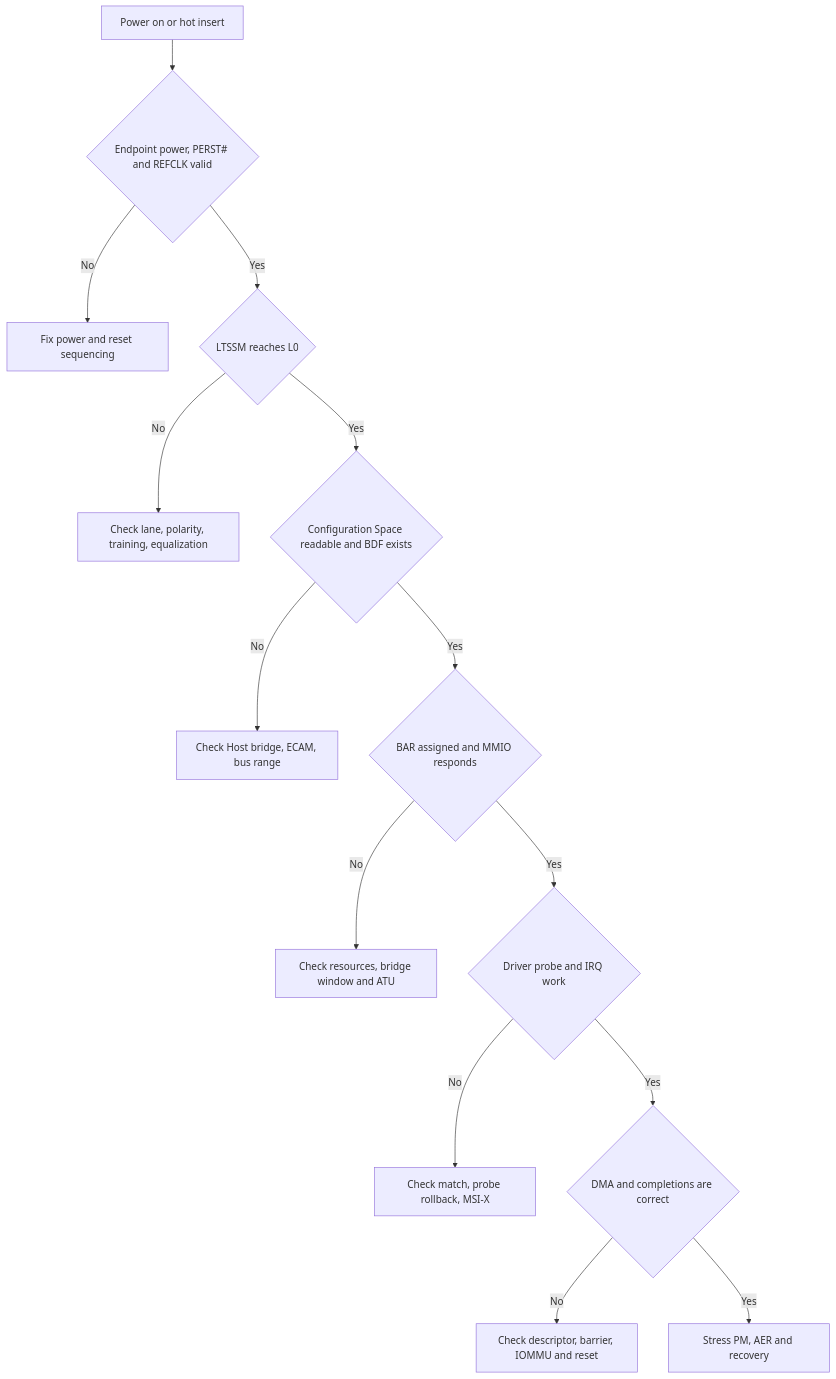
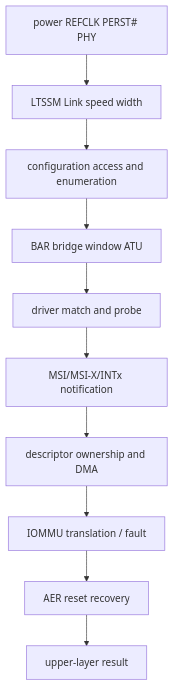
Before and after one commit to cdragon-ljl/EEandEdgeAI: the first of 3 diagrams in docs/articles/pcie/pci-18-system-debug-lspci-aer-iommu.md, drawn with Mermaid. The commit also changed other lines of this file and 4 other files, not shown here.

````diff
--- a/docs/articles/pcie/pci-18-system-debug-lspci-aer-iommu.md
+++ b/docs/articles/pcie/pci-18-system-debug-lspci-aer-iommu.md
@@ -16,16 +21,12 @@
 ```mermaid
 flowchart TD
-    A[Power on or hot insert] --> B{Endpoint power, PERST# and REFCLK valid}
-    B -->|No| P[Fix power and reset sequencing]
-    B -->|Yes| C{LTSSM reaches L0}
-    C -->|No| L[Check lane, polarity, training, equalization]
-    C -->|Yes| D{Configuration Space readable and BDF exists}
-    D -->|No| F[Check Host bridge, ECAM, bus range]
-    D -->|Yes| E{BAR assigned and MMIO responds}
-    E -->|No| R[Check resources, bridge window and ATU]
-    E -->|Yes| G{Driver probe and IRQ work}
-    G -->|No| I[Check match, probe rollback, MSI-X]
-    G -->|Yes| H{DMA and completions are correct}
-    H -->|No| M[Check descriptor, barrier, IOMMU and reset]
-    H -->|Yes| S[Stress PM, AER and recovery]
+    HW[power REFCLK PERST# PHY] --> LINK[LTSSM Link speed width]
+    LINK --> ENUM[configuration access and enumeration]
+    ENUM --> RES[BAR bridge window ATU]
+    RES --> BIND[driver match and probe]
+    BIND --> IRQ[MSI/MSI-X/INTx notification]
+    IRQ --> DMA[descriptor ownership and DMA]
+    DMA --> IOMMU[IOMMU translation / fault]
+    IOMMU --> REC[AER reset recovery]
+    REC --> APP[upper-layer result]
 ```
````
